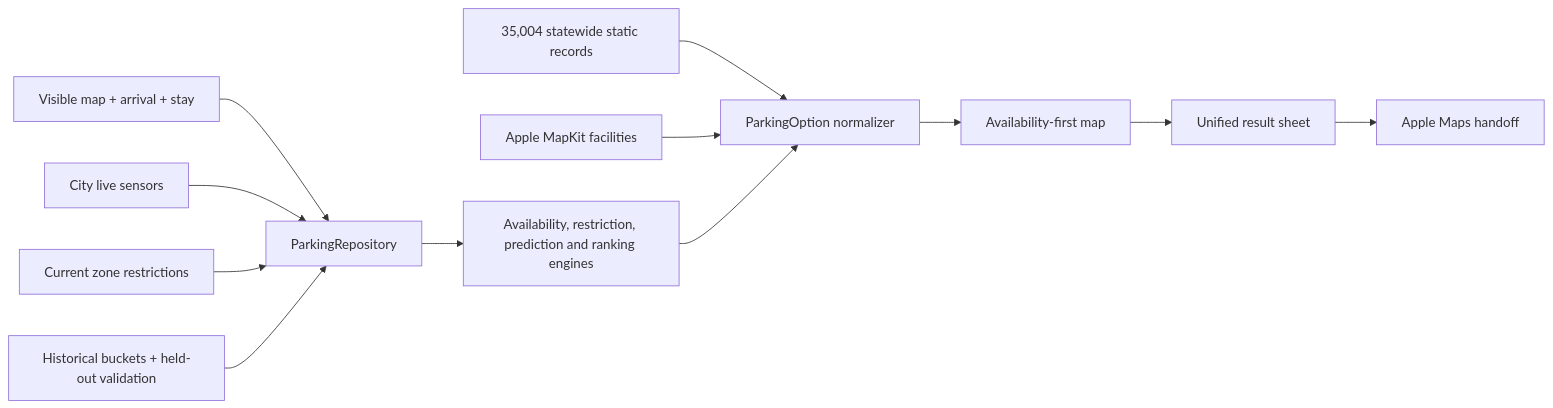
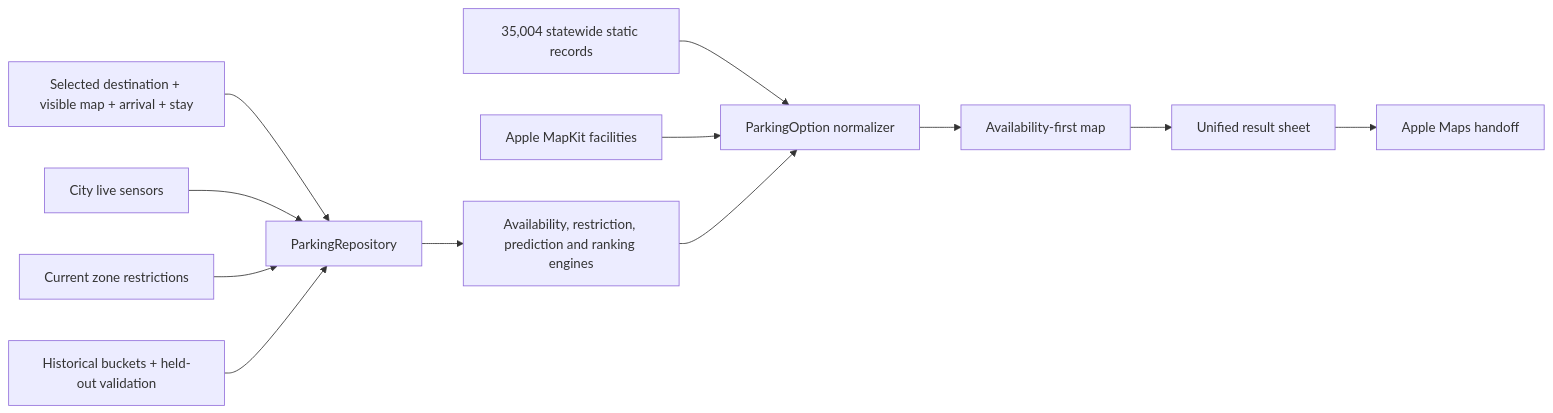
Before and after one commit to OpenRenderKit/ParkAlong: the diagram in README.md, drawn with Mermaid. The commit also changed other lines of this file and 21 other files, not shown here.

Commit message:
Fix destination-relative parking guidance

````diff
--- a/README.md
+++ b/README.md
@@ -79,14 +79,14 @@
 ```mermaid
 flowchart LR
-    Destination["Visible map + arrival + stay"] --> Repository["ParkingRepository"]
+    Destination["Selected destination + visible map + arrival + stay"] --> Repository["ParkingRepository"]
     Sensors["City live sensors"] --> Repository
     Signs["Current zone restrictions"] --> Repository
     History["Historical buckets + held-out validation"] --> Repository
     Catalog["35,004 statewide static records"] --> Normalizer
     MapKit["Apple MapKit facilities"] --> Normalizer["ParkingOption normalizer"]
     Repository --> Engines["Availability, restriction, prediction and ranking engines"]
     Engines --> Normalizer
     Normalizer --> Map["Availability-first map"]
     Map --> Sheet["Unified result sheet"]
     Sheet --> Maps["Apple Maps handoff"]
 ```
````
